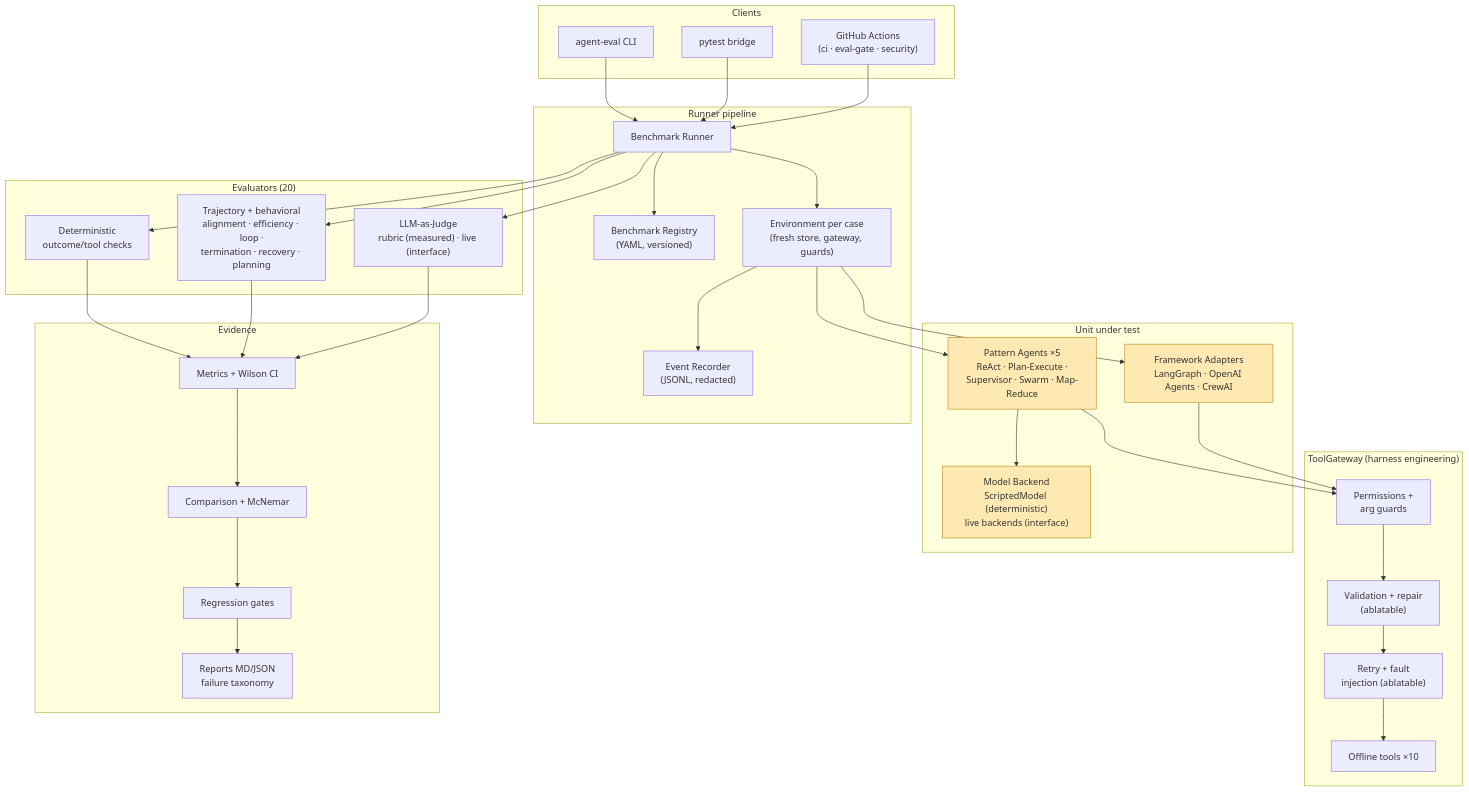
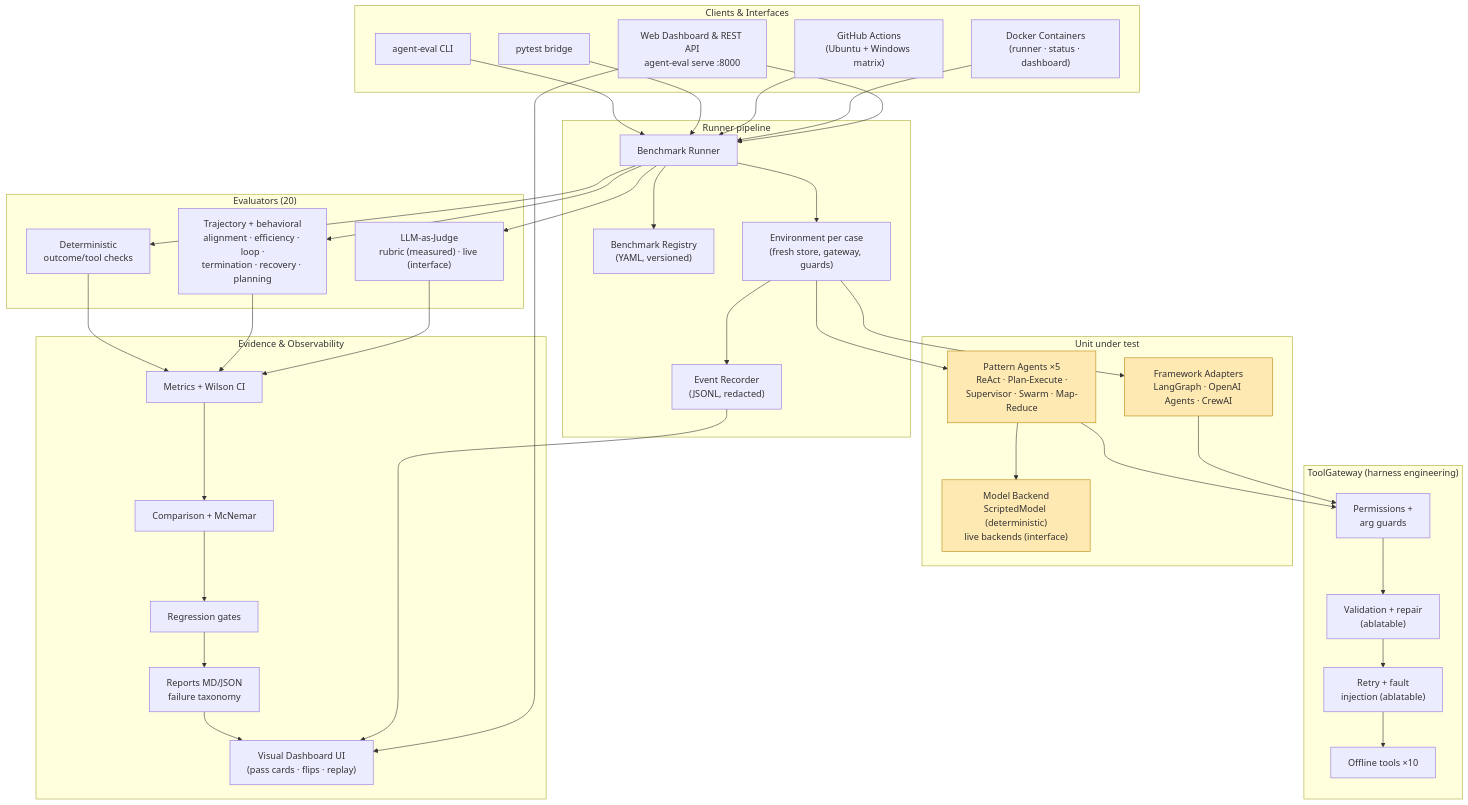
Before and after one commit to AdilShamim8/Agentic-AI-Eval-Harness: the diagram in diagrams/architecture.mmd, drawn with Mermaid. The commit also changed other lines of this file, not shown here.

Commit message:
diagrams: update architecture diagram with web dashboard, docker, and visual observability

```diff
--- a/diagrams/architecture.mmd
+++ b/diagrams/architecture.mmd
@@ -1,44 +1,50 @@
 graph TB
-    subgraph Clients["Clients"]
+    subgraph Clients["Clients & Interfaces"]
         CLI["agent-eval CLI"]
         PYT["pytest bridge"]
-        CI["GitHub Actions<br/>(ci · eval-gate · security)"]
+        CI["GitHub Actions<br/>(Ubuntu + Windows matrix)"]
+        WEB["Web Dashboard & REST API<br/>agent-eval serve :8000"]
+        DOC["Docker Containers<br/>(runner · status · dashboard)"]
     end
     subgraph Core["Runner pipeline"]
         REG["Benchmark Registry<br/>(YAML, versioned)"]
         RUN["Benchmark Runner"]
         ENV["Environment per case<br/>(fresh store, gateway, guards)"]
         EV["Event Recorder<br/>(JSONL, redacted)"]
     end
     subgraph UUT["Unit under test"]
         AG["Pattern Agents ×5<br/>ReAct · Plan-Execute ·<br/>Supervisor · Swarm · Map-Reduce"]
         ADP["Framework Adapters<br/>LangGraph · OpenAI Agents · CrewAI"]
         MB["Model Backend<br/>ScriptedModel (deterministic)<br/>live backends (interface)"]
     end
     subgraph Harness["ToolGateway (harness engineering)"]
         PERM["Permissions +<br/>arg guards"]
         VAL["Validation + repair<br/>(ablatable)"]
         RET["Retry + fault<br/>injection (ablatable)"]
         TOO["Offline tools ×10"]
     end
     subgraph Eval["Evaluators (20)"]
         DET["Deterministic<br/>outcome/tool checks"]
         TRA["Trajectory + behavioral<br/>alignment · efficiency · loop ·<br/>termination · recovery · planning"]
         JUD["LLM-as-Judge<br/>rubric (measured) · live (interface)"]
     end
-    subgraph Post["Evidence"]
+    subgraph Post["Evidence & Observability"]
         MET["Metrics + Wilson CI"]
         CMP["Comparison + McNemar"]
         REG2["Regression gates"]
         REP["Reports MD/JSON<br/>failure taxonomy"]
+        DASH["Visual Dashboard UI<br/>(pass cards · flips · replay)"]
     end
-    CLI & PYT & CI --> RUN
+    CLI & PYT & CI & DOC --> RUN
+    WEB --> RUN
     RUN --> REG
     RUN --> ENV --> AG & ADP
     AG --> MB
     AG & ADP --> PERM --> VAL --> RET --> TOO
     ENV --> EV
     RUN --> DET & TRA & JUD
     DET & TRA & JUD --> MET --> CMP --> REG2 --> REP
+    REP & EV --> DASH
+    WEB --> DASH
     classDef uut fill:#ffe9b3,stroke:#b8860b
     class AG,ADP,MB uut
```
